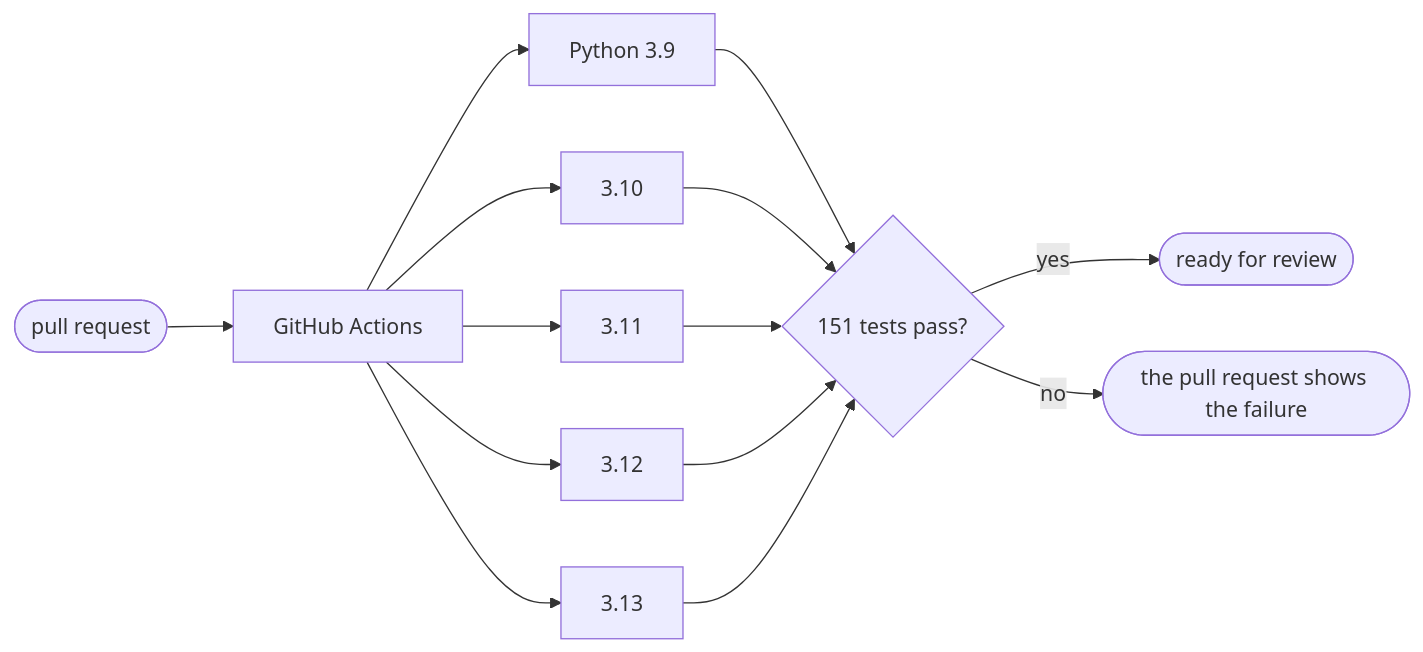
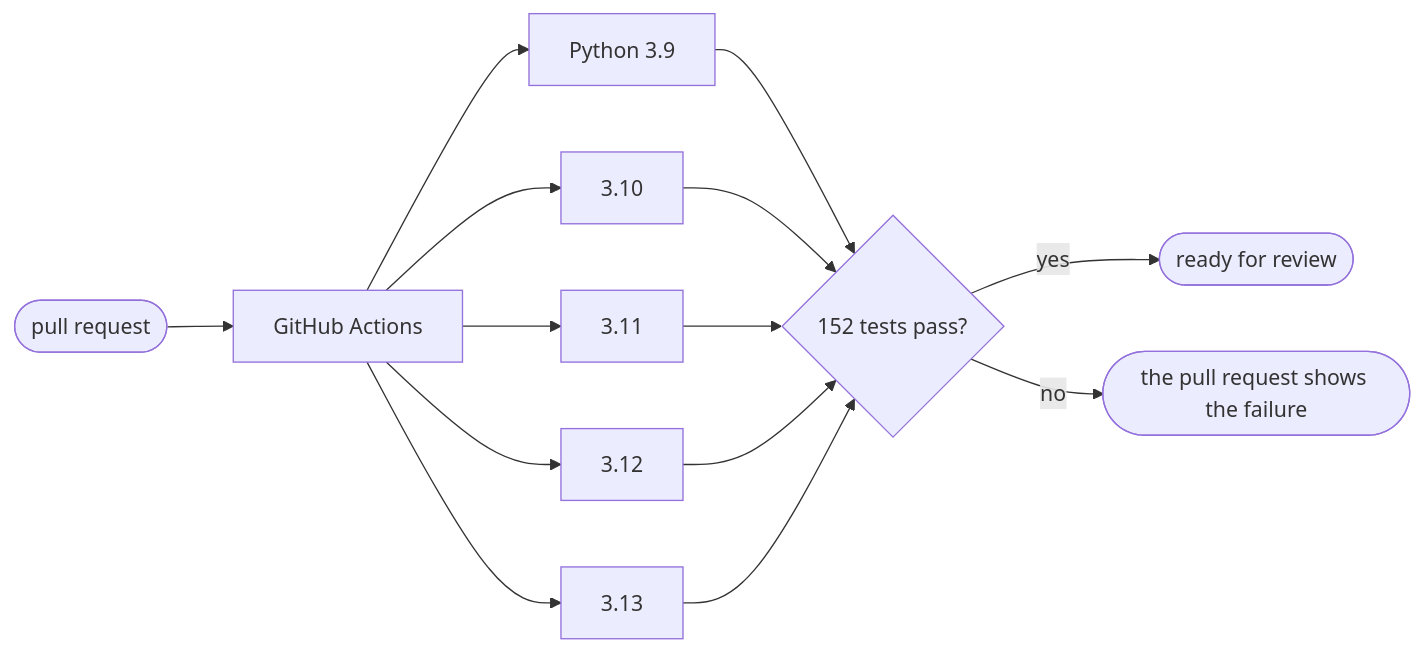
One commit to rniedson/higgsfield-director-pro-skill changed the first of 2 diagrams in higgsfield-director/tests/README.md. Above: the diagram before and after it, drawn with Mermaid. The commit also changed other lines of this file and 7 other files, not shown here.

````diff
--- a/higgsfield-director/tests/README.md
+++ b/higgsfield-director/tests/README.md
@@ -10,8 +10,8 @@
 ```mermaid
 flowchart LR
     PR([pull request]) --> CI[GitHub Actions]
     CI --> P39[Python 3.9] & P310[3.10] & P311[3.11] & P312[3.12] & P313[3.13]
-    P39 & P310 & P311 & P312 & P313 --> OK{151 tests pass?}
+    P39 & P310 & P311 & P312 & P313 --> OK{152 tests pass?}
     OK -- yes --> M([ready for review])
     OK -- no --> F([the pull request shows the failure])
 ```
````
